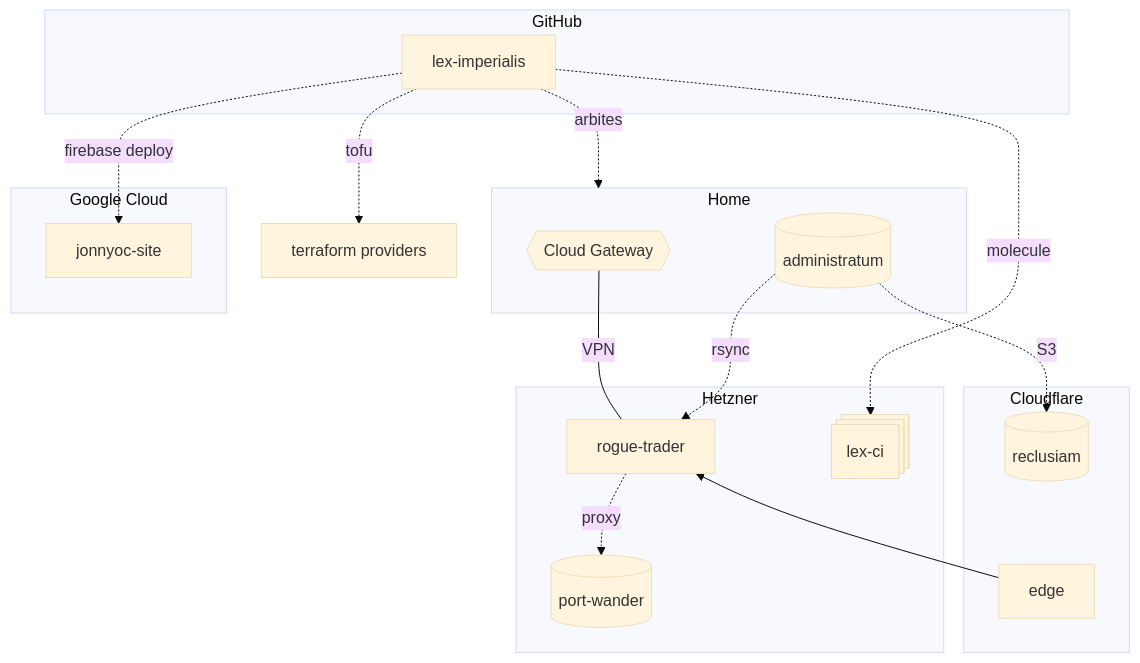
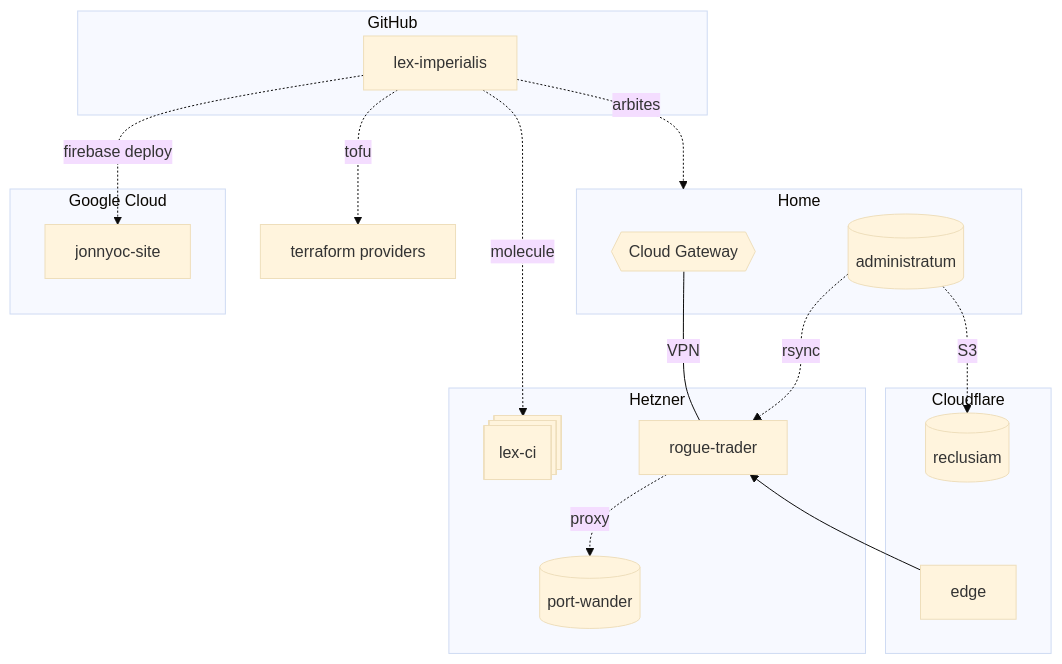
Before and after one commit to jedimasterjonny/lex-imperialis: the second of 2 diagrams in README.md, drawn with Mermaid (base theme). The commit also changed other lines of this file, not shown here.

First line of the commit message:
docs: untangle the Segmentum Obscurus diagram

````diff
--- a/README.md
+++ b/README.md
@@ -80,43 +80,43 @@
 ```mermaid
 flowchart TD
   subgraph GitHub
     gh[lex-imperialis]
   end
 
   subgraph Home
     gw{{Cloud Gateway}}
     nas[(administratum)]
   end
 
   subgraph Cloudflare
     reclusiam[(reclusiam)]
     edge[edge]
   end
 
   subgraph Hetzner
+    ci@{ shape: procs, label: "lex-ci" }
+    pw[(port-wander)]
     rogue[rogue-trader]
-    pw[(port-wander)]
-    ci@{ shape: procs, label: "lex-ci" }
   end
 
   subgraph Google Cloud
     site[jonnyoc-site]
   end
 
   tf[terraform providers]
 
   gw ---|VPN| rogue
   edge --> rogue
   %% invisible links only pin the layout: Cloudflare level with Hetzner
   rogue ~~~ edge
   reclusiam ~~~ edge
 
   nas -.->|rsync| rogue
   nas -.->|S3| reclusiam
   rogue -.->|proxy| pw
 
+  gh -.->|molecule| ci
   gh -.->|arbites| Home
-  gh -.->|molecule| ci
   gh -.->|firebase deploy| site
   gh -.->|tofu| tf
 ```
````
